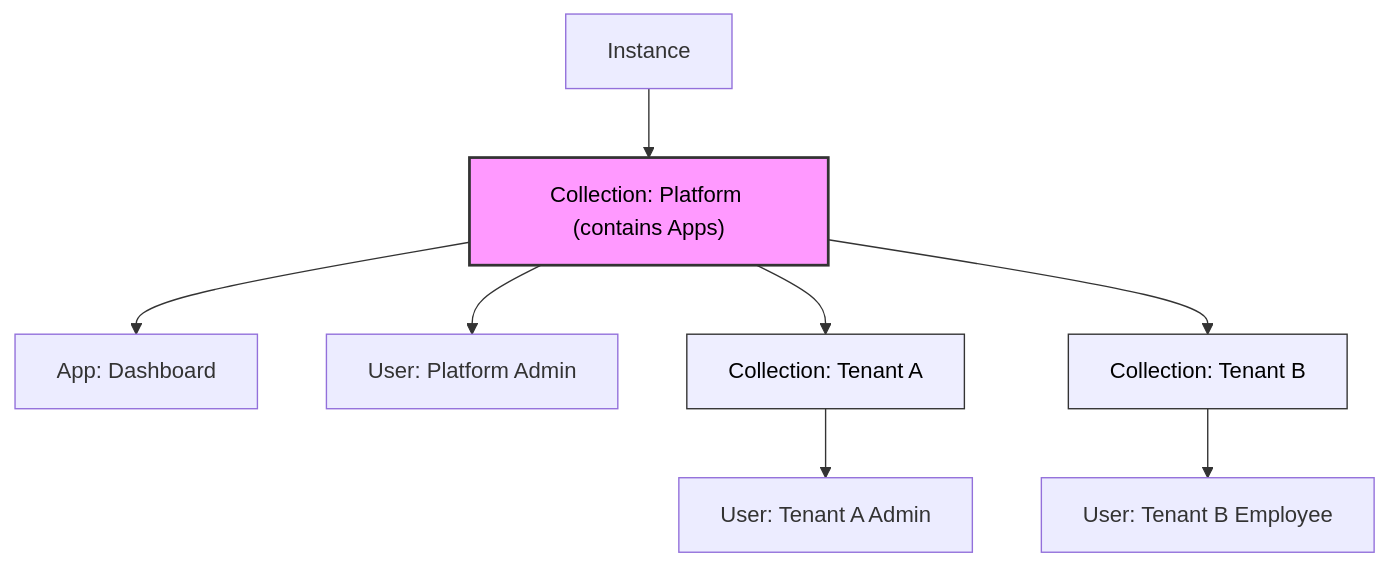
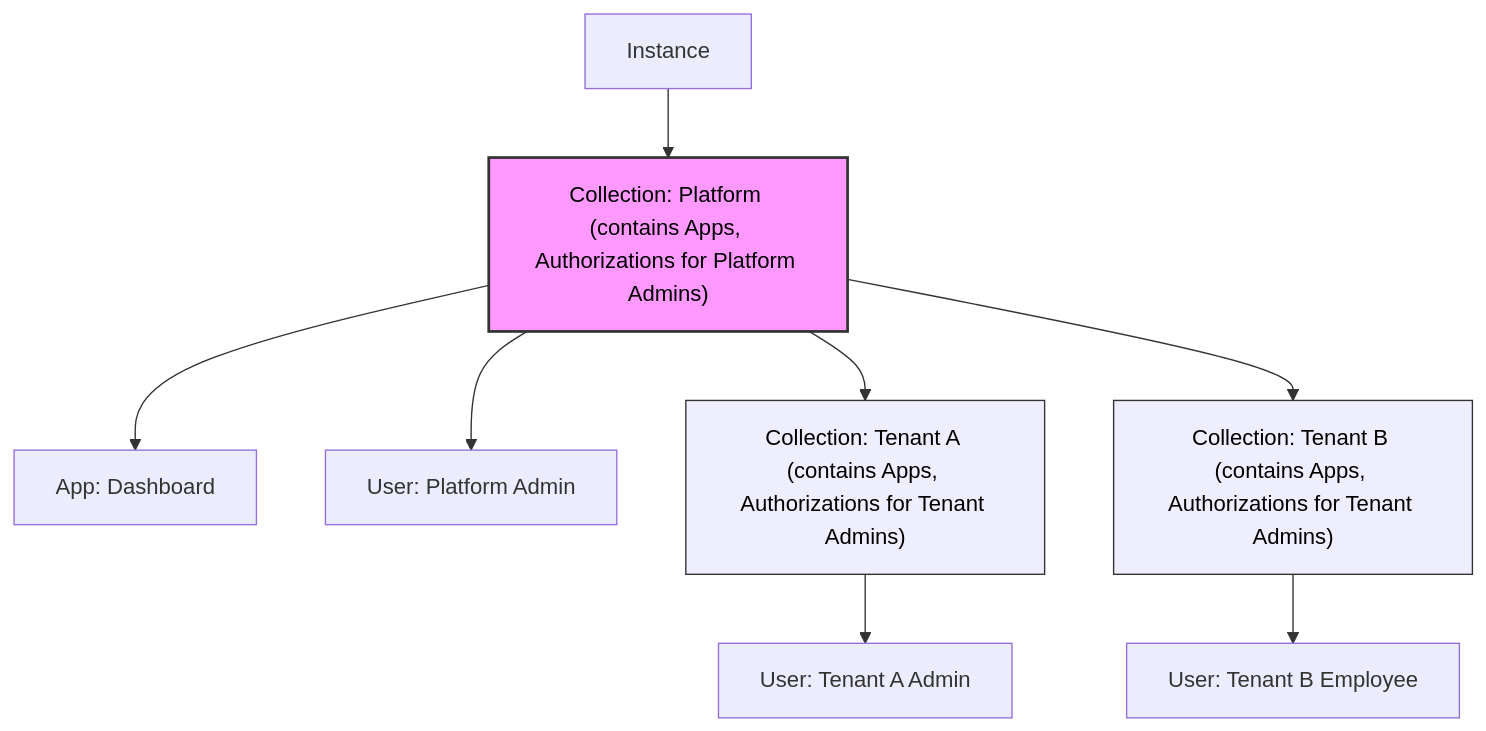
One commit to zitadel/zitadel changed the fourth of 4 diagrams in aether_radical.md. Above: the diagram before and after it, drawn with Mermaid.

````diff
--- a/aether_radical.md
+++ b/aether_radical.md
@@ -190,29 +190,29 @@
 ```mermaid
 graph TD
     Instance[Instance]
-    Platform["Collection: Platform (contains Apps)"]
+    Platform["Collection: Platform (contains Apps, Authorizations for Platform Admins)"]
 
     App["App: Dashboard"]
 
     UserC["User: Platform Admin"]
 
-    TenantA["Collection: Tenant A"]
+    TenantA["Collection: Tenant A (contains Apps, Authorizations for Tenant Admins)"]
     UserA["User: Tenant A Admin"]
 
-    TenantB["Collection: Tenant B"]
+    TenantB["Collection: Tenant B (contains Apps, Authorizations for Tenant Admins)"]
     UserB["User: Tenant B Employee"]
 
     Instance --> Platform
     Platform --> TenantA
     Platform --> TenantB
 
     Platform --> App
     Platform --> UserC
 
     TenantA --> UserA
     TenantB --> UserB
 
     style Platform fill:#f9f,stroke:#333,stroke-width:2px,color:#000
     style TenantA fill:#eef,stroke:#333,stroke-width:1px,color:#000
     style TenantB fill:#eef,stroke:#333,stroke-width:1px,color:#000
 ```
````
